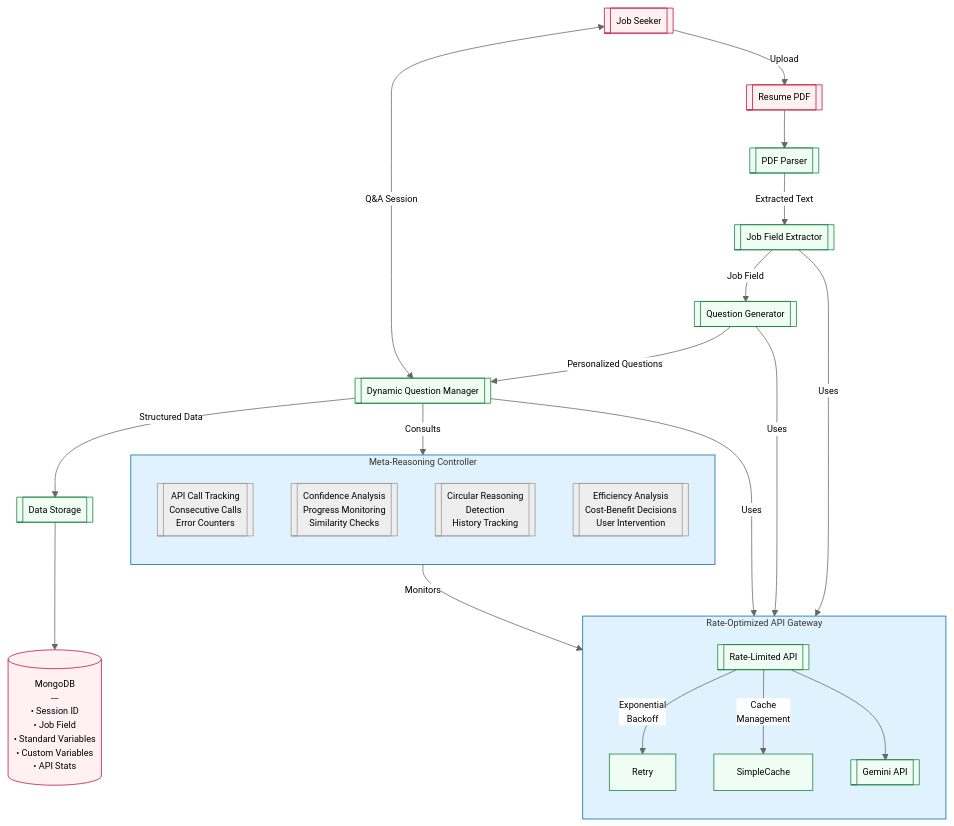
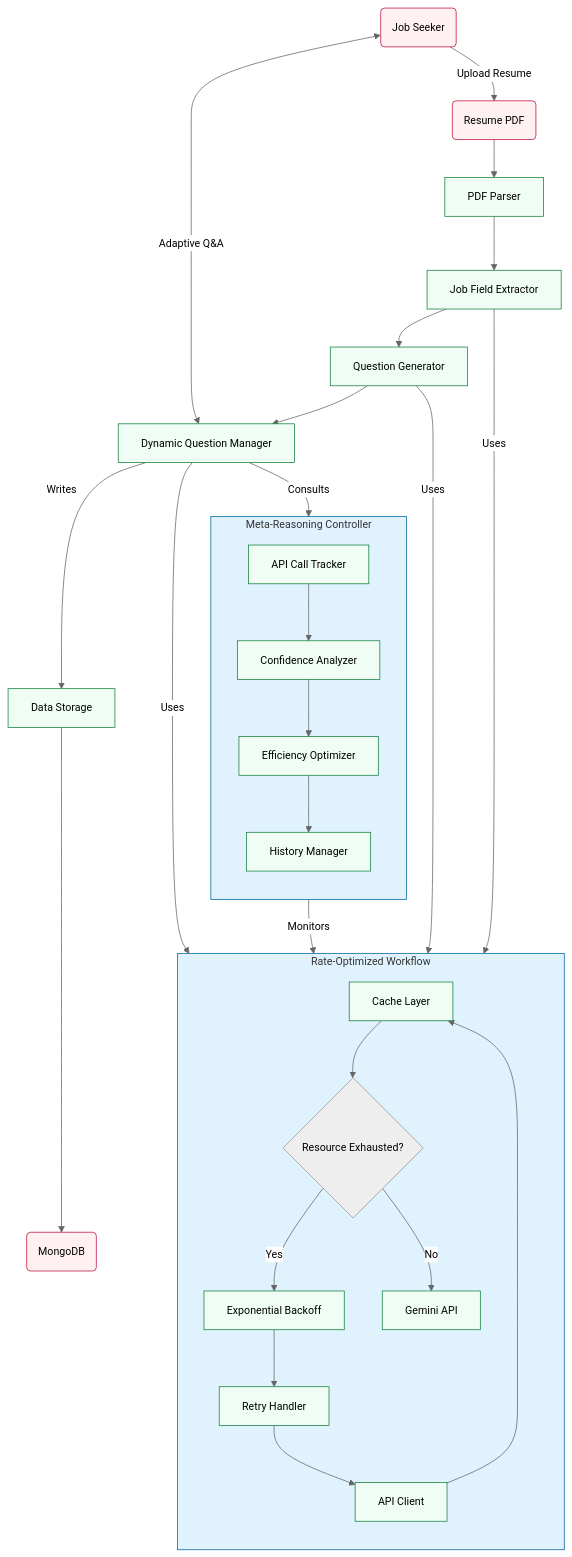
Before and after one commit to dongyiu/OST: the diagram in diagrams/User Onboarding.mermaid, drawn with Mermaid. The commit also changed 1 other file, not shown here.

```diff
--- a/diagrams/User Onboarding.mermaid
+++ b/diagrams/User Onboarding.mermaid
@@ -1,46 +1,67 @@
-%%{init: {'theme': 'neutral', 'themeVariables': { 'fontSize': '12px'}}}%%
+---
+config:
+  theme: neutral
+  themeVariables:
+    fontSize: 14px
+---
 flowchart TD
-    %% Main System Flow
-    Resume[["Resume PDF"]] --> Parser[[PDF Parser]]
-    Parser -->|Extracted Text| Extractor[[Job Field Extractor]]
-    Extractor -->|Job Field| Generator[[Question Generator]]
-    Generator -->|Personalized Questions| Manager[[Dynamic Question Manager]]
-    Manager -->|Structured Data| Storage[[Data Storage]]
-    Storage --> MongoDB[("MongoDB<br>---<br>• Session ID<br>• Job Field<br>• Standard Variables<br>• Custom Variables<br>• API Stats")]
-
-    %% API Subsystem
-    subgraph Rate_Limited["Rate-Optimized API Gateway"]
-        direction TB
-        API[[Rate-Limited API]] -->|Exponential<br>Backoff| Retry
-        API -->|Cache<br>Management| Cache[SimpleCache]
-        API --> Gemini[[Gemini API]]
-    end
-
-    %% Meta-Reasoning
-    subgraph Meta_System["Meta-Reasoning Controller"]
-        direction TB
-        MA1[["API Call Tracking<br>Consecutive Calls<br>Error Counters"]]
-        MA2[["Confidence Analysis<br>Progress Monitoring<br>Similarity Checks"]]
-        MA3[["Circular Reasoning<br>Detection<br>History Tracking"]]
-        MA4[["Efficiency Analysis<br>Cost-Benefit Decisions<br>User Intervention"]]
-    end
-
-    %% User Interaction
-    User[["Job Seeker"]] -->|Upload| Resume
-    User <-->|Q&A Session| Manager
-
-    %% Connections
-    Extractor -->|Uses| Rate_Limited
-    Generator -->|Uses| Rate_Limited
-    Manager -->|Uses| Rate_Limited
-    Manager -->|Consults| Meta_System
-    Meta_System -->|Monitors| Rate_Limited
-
-    %% Styling
-    classDef box fill:#e0f2fe,stroke:#0369a1;
-    classDef process fill:#f0fdf4,stroke:#15803d;
-    classDef data fill:#fff1f2,stroke:#be123c;
-    
-    class Rate_Limited,Meta_System box
-    class Parser,Extractor,Generator,Manager,Storage,API,Retry,Cache,Gemini process
-    class Resume,User,MongoDB data
+ subgraph MetaReasoning["Meta-Reasoning Controller"]
+    direction TB
+        M2["Confidence Analyzer"]
+        M1["API Call Tracker"]
+        M3["Efficiency Optimizer"]
+        M4["History Manager"]
+  end
+ subgraph APIGateway["Rate-Optimized Workflow"]
+    direction TB
+        A2["Cache Layer"]
+        A1["API Client"]
+        A3{"Resource Exhausted?"}
+        A4["Exponential Backoff"]
+        A5["Retry Handler"]
+        A6["Gemini API"]
+  end
+    A("Resume PDF") --> B["PDF Parser"]
+    B --> C["Job Field Extractor"]
+    C --> D["Question Generator"]
+    D --> E["Dynamic Question Manager"]
+    F["Data Storage"] --> G("MongoDB")
+    M1 --> M2
+    M2 --> M3
+    M3 --> M4
+    A1 --> A2
+    A2 --> A3
+    A3 -- Yes --> A4
+    A4 --> A5
+    A5 --> A1
+    A3 -- No --> A6
+    User("Job Seeker") -- Upload Resume --> A
+    User <-- Adaptive Q&A --> E
+    C -- Uses --> APIGateway
+    D -- Uses --> APIGateway
+    E -- Consults --> MetaReasoning
+    MetaReasoning -- Monitors --> APIGateway
+    E -- Uses --> APIGateway
+    E -- Writes --> F
+     A:::data
+     B:::process
+     C:::process
+     D:::process
+     E:::process
+     F:::process
+     G:::data
+     M1:::process
+     M2:::process
+     M3:::process
+     M4:::process
+     A1:::process
+     A2:::process
+     A4:::process
+     A5:::process
+     A6:::process
+     User:::data
+     APIGateway:::box
+     MetaReasoning:::box
+    classDef box fill:#e0f2fe,stroke:#0369a1
+    classDef process fill:#f0fdf4,stroke:#15803d
+    classDef data fill:#fff1f2,stroke:#be123c
```
